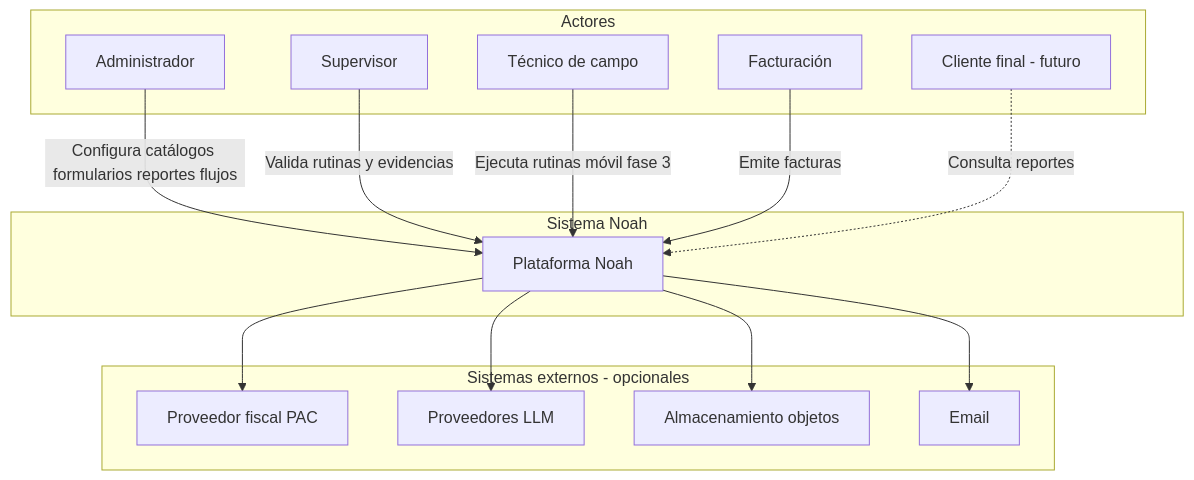
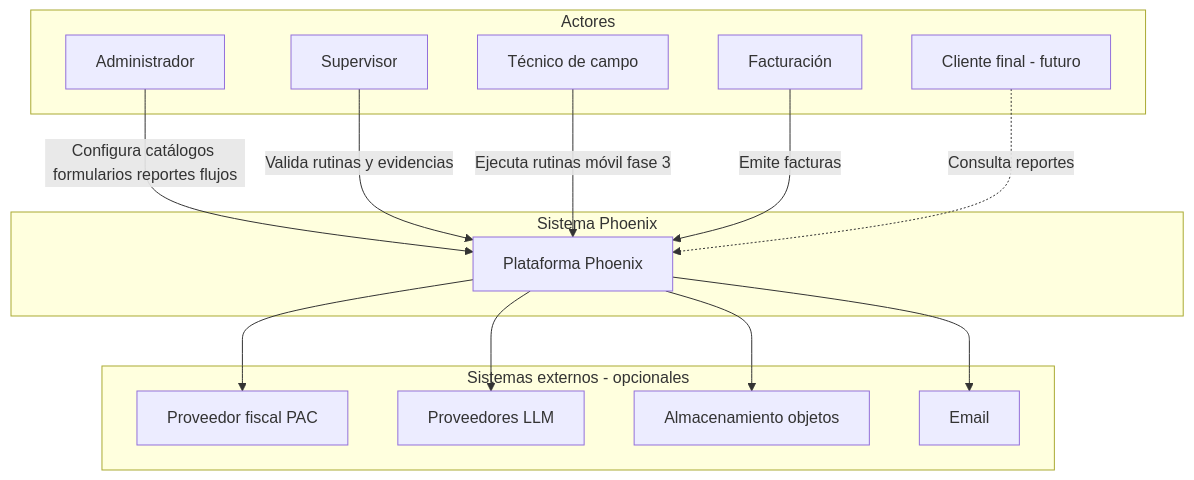
One commit to Adrian247/noah changed the diagram in openspec/diagrams/system-context.md. Above: the diagram before and after it, drawn with Mermaid. The commit also changed other lines of this file and 402 other files, not shown here.

````diff
--- a/openspec/diagrams/system-context.md
+++ b/openspec/diagrams/system-context.md
@@ -5,32 +5,32 @@
 ```mermaid
 flowchart TB
   subgraph actors [Actores]
     ADM[Administrador]
     SUP[Supervisor]
     TEC[Técnico de campo]
     FAC[Facturación]
     CLI[Cliente final - futuro]
   end
 
-  subgraph noah [Sistema Noah]
-    NP[Plataforma Noah]
+  subgraph phoenix [Sistema Phoenix]
+    NP[Plataforma Phoenix]
   end
 
   subgraph external [Sistemas externos - opcionales]
     PAC[Proveedor fiscal PAC]
     LLM[Proveedores LLM]
     OBJ[Almacenamiento objetos]
     MAIL[Email]
   end
 
   ADM -->|Configura catálogos formularios reportes flujos| NP
   SUP -->|Valida rutinas y evidencias| NP
   TEC -->|Ejecuta rutinas móvil fase 3| NP
   FAC -->|Emite facturas| NP
   CLI -.->|Consulta reportes| NP
 
   NP --> OBJ
   NP --> LLM
   NP --> MAIL
   NP --> PAC
 ```
````
